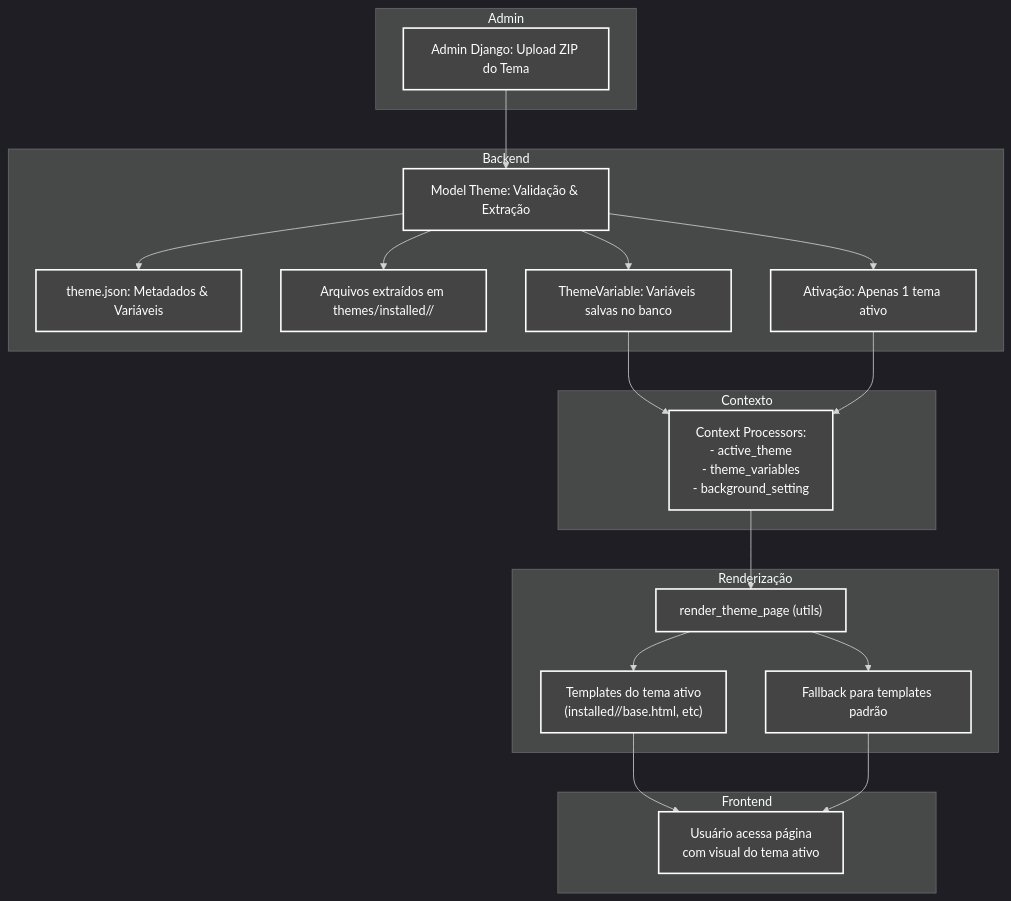
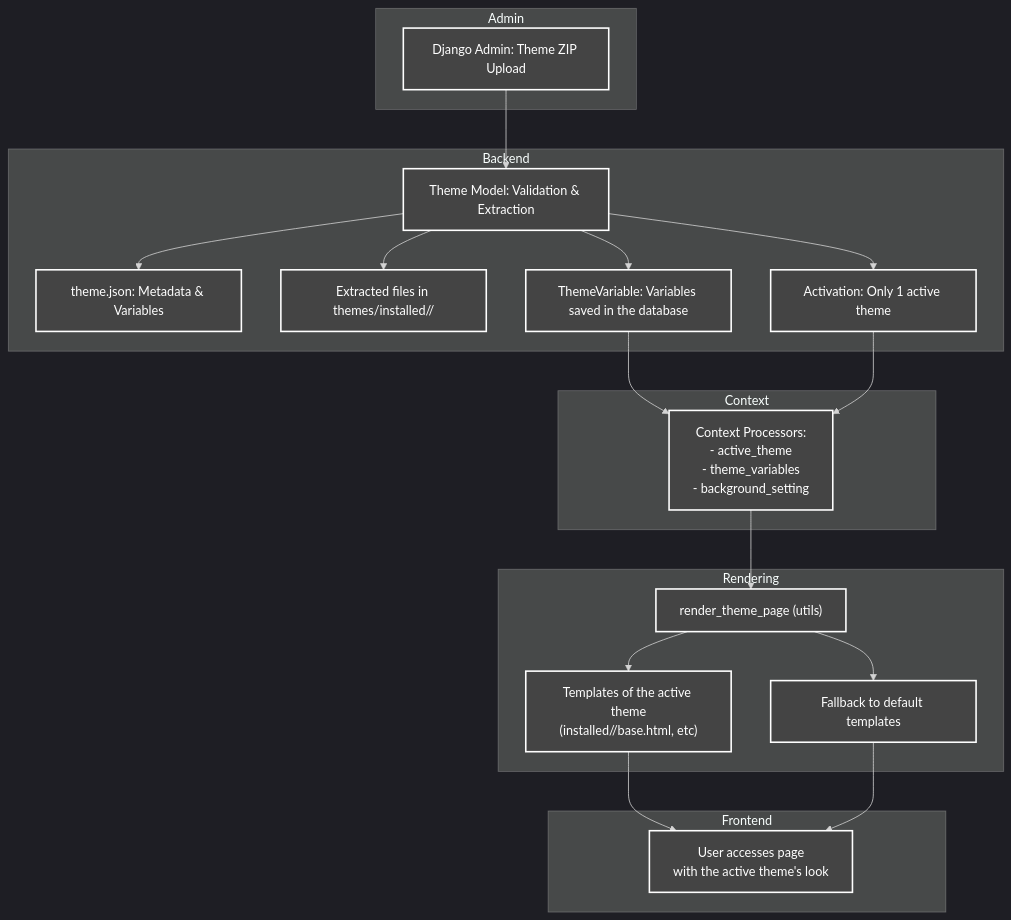
The diagram in docs/THEME_SYSTEM_FLOW_DIAGRAM.md (jacksonfelipe/lineage), drawn with Mermaid before and after one commit. The commit also changed other lines of this file and 18 other files, not shown here.

````diff
--- a/docs/THEME_SYSTEM_FLOW_DIAGRAM.md
+++ b/docs/THEME_SYSTEM_FLOW_DIAGRAM.md
@@ -5,42 +5,42 @@
 ```mermaid
 flowchart TD
     subgraph Admin
-        A["Admin Django: Upload ZIP do Tema"]
+        A["Django Admin: Theme ZIP Upload"]
     end
     subgraph Backend
-        B["Model Theme: Validação & Extração"]
-        C["theme.json: Metadados & Variáveis"]
-        D["Arquivos extraídos em themes/installed/<slug>/"]
-        E["Ativação: Apenas 1 tema ativo"]
-        F["ThemeVariable: Variáveis salvas no banco"]
+        B["Theme Model: Validation & Extraction"]
+        C["theme.json: Metadata & Variables"]
+        D["Extracted files in themes/installed/<slug>/"]
+        E["Activation: Only 1 active theme"]
+        F["ThemeVariable: Variables saved in the database"]
     end
-    subgraph Contexto
+    subgraph Context
         G["Context Processors:\n- active_theme\n- theme_variables\n- background_setting"]
     end
-    subgraph Renderização
+    subgraph Rendering
         H["render_theme_page (utils)"]
-        I["Templates do tema ativo\n(installed/<slug>/base.html, etc)"]
-        J["Fallback para templates padrão"]
+        I["Templates of the active theme\n(installed/<slug>/base.html, etc)"]
+        J["Fallback to default templates"]
     end
     subgraph Frontend
-        K["Usuário acessa página\ncom visual do tema ativo"]
+        K["User accesses page\nwith the active theme's look"]
     end
 
     A --> B
     B --> C
     B --> D
     B --> F
     B --> E
     F --> G
     E --> G
     G --> H
     H --> I
     H --> J
     I --> K
     J --> K
 
     classDef safe fill:#444,stroke:#fff,stroke-width:2px,color:#fff;
     class A,B,C,D,E,F,G,H,I,J,K safe;
-    %% Fundo do gráfico
+    %% Background of the graph
     %%{init: { 'theme': 'dark' }}%%
 ```
````
